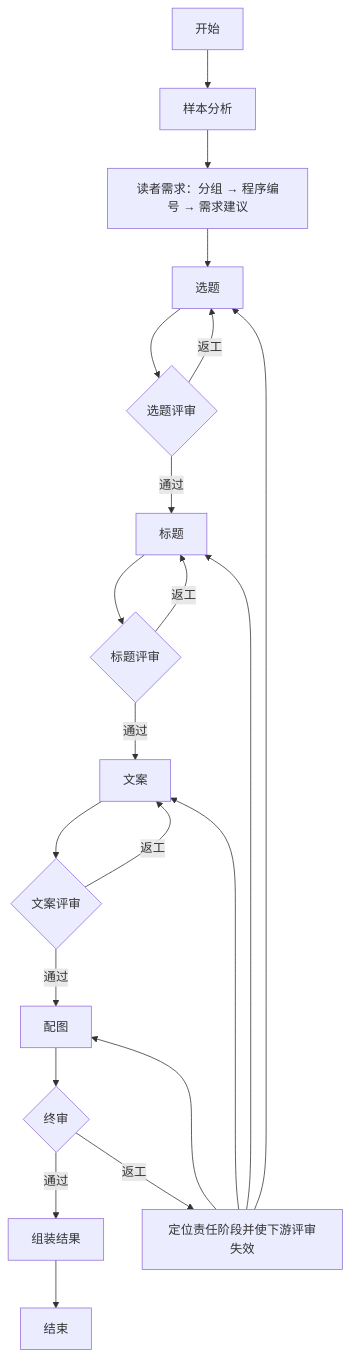
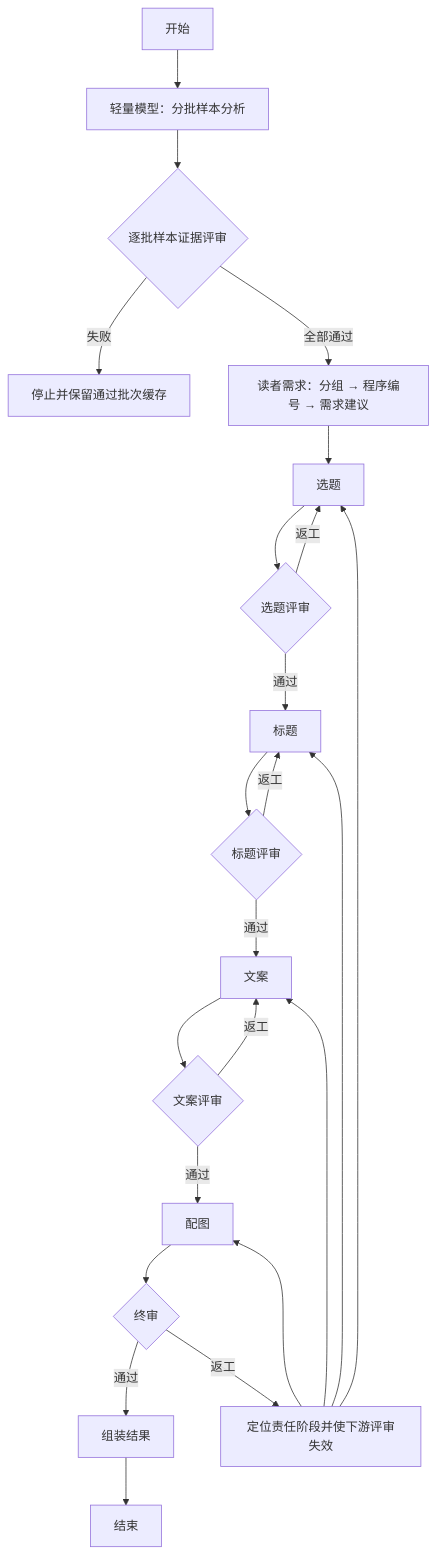
One commit to rain-zimujun/XHS_ALL_IN_ONE changed the diagram in docs/langgraph-workflow.md. Above: the diagram before and after it, drawn with Mermaid. The commit also changed other lines of this file and 12 other files, not shown here.

````diff
--- a/docs/langgraph-workflow.md
+++ b/docs/langgraph-workflow.md
@@ -47,20 +48,22 @@
 ```mermaid
 flowchart TD
-    S[开始] --> A[样本分析] --> B[读者需求：分组 → 程序编号 → 需求建议] --> C[选题]
+    S[开始] --> A[轻量模型：分批样本分析] --> AJ{逐批样本证据评审}
+    AJ -->|失败| X[停止并保留通过批次缓存]
+    AJ -->|全部通过| B[读者需求：分组 → 程序编号 → 需求建议] --> C[选题]
     C --> CR{选题评审}
     CR -->|返工| C
     CR -->|通过| D[标题]
     D --> DR{标题评审}
     DR -->|返工| D
     DR -->|通过| E[文案]
     E --> ER{文案评审}
     ER -->|返工| E
     ER -->|通过| F[配图]
     F --> FR{终审}
     FR -->|通过| R[组装结果] --> END[结束]
     FR -->|返工| P[定位责任阶段并使下游评审失效]
     P --> C
     P --> D
     P --> E
     P --> F
 ```
````
